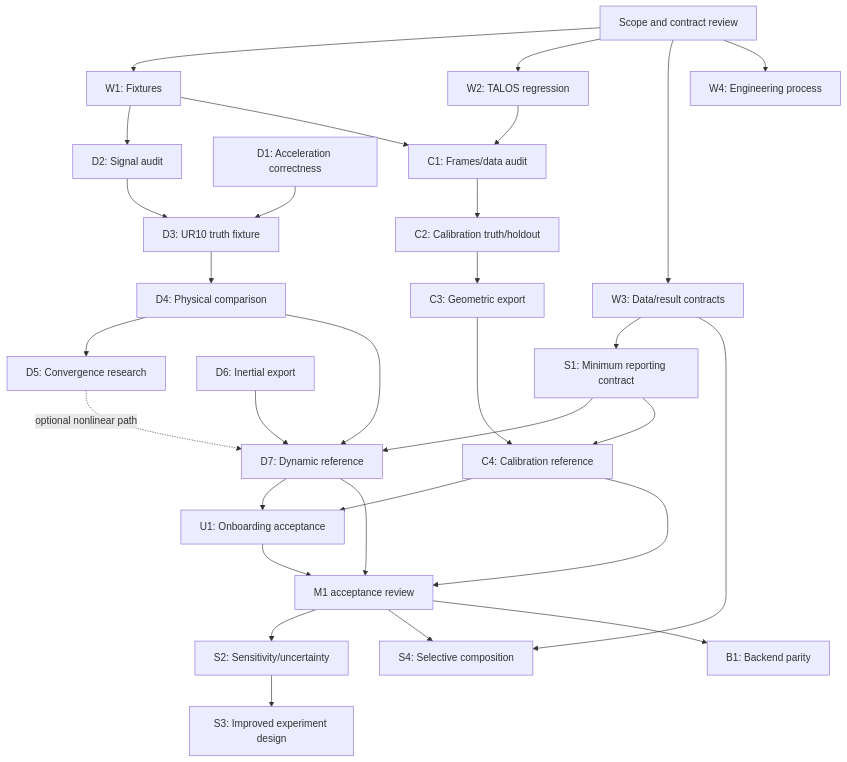
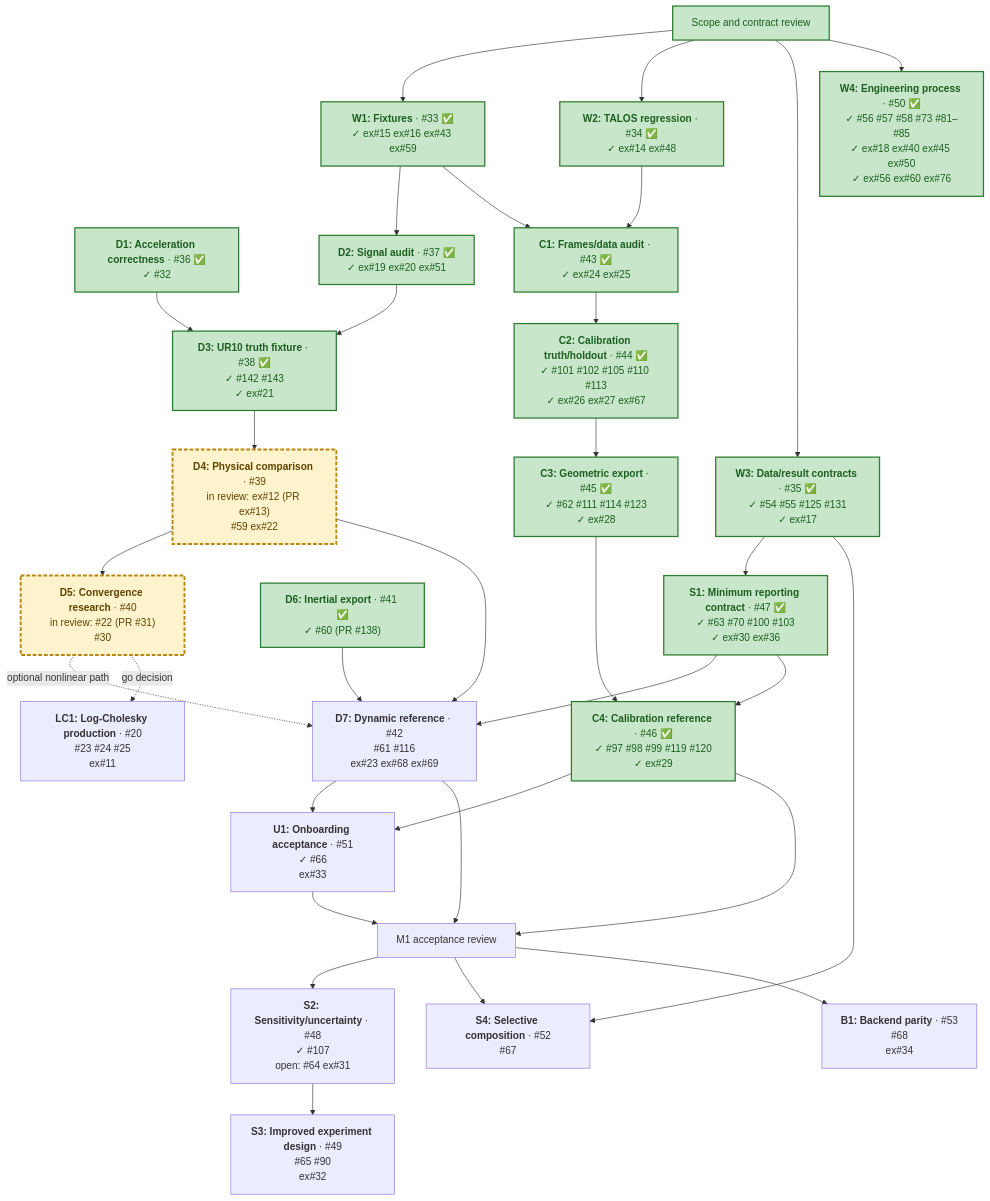
The diagram in docs/plans/identification-calibration-delivery.md (thanhndv212/figaroh-plus), drawn with Mermaid before and after one commit. The commit also changed other lines of this file and 1 other file, not shown here.

Commit message:
docs(plans): record delivery status through D3 and C4
Refresh the roadmap and delivery plan from the GitHub trackers as of
2026-10-07. Cleared: W1-W4, D1-D3, D6, C1-C4 and S1, so the calibration
workstream is complete through M1.4 and the critical path is D4 -> D7 -> U1.

The plan's dependency graph now colours cleared, ready and in-progress
packages and lists each package's core and examples issues under its box;
a new implementation-status section records closure dates, delivering PRs
and accepted revision pairs. The roadmap gains a delivery-progress note,
per-gate status and done markers on completed candidate work.

````diff
--- a/docs/plans/identification-calibration-delivery.md
+++ b/docs/plans/identification-calibration-delivery.md
@@ -76,33 +77,66 @@
 ```mermaid
 flowchart TD
-    R[Scope and contract review] --> W1[W1: Fixtures]
-    R --> W2[W2: TALOS regression]
-    R --> W3[W3: Data/result contracts]
-    R --> W4[W4: Engineering process]
-    W1 --> D2[D2: Signal audit]
-    D1[D1: Acceleration correctness] --> D3[D3: UR10 truth fixture]
+    R["Scope and contract review"]
+    W1["<b>W1: Fixtures</b> · #33 ✅<br/>✓ ex#15 ex#16 ex#43 ex#59"]
+    W2["<b>W2: TALOS regression</b> · #34 ✅<br/>✓ ex#14 ex#48"]
+    W3["<b>W3: Data/result contracts</b> · #35 ✅<br/>✓ #54 #55 #125 #131<br/>✓ ex#17"]
+    W4["<b>W4: Engineering process</b> · #50 ✅<br/>✓ #56 #57 #58 #73 #81–#85<br/>✓ ex#18 ex#40 ex#45 ex#50<br/>✓ ex#56 ex#60 ex#76"]
+    D1["<b>D1: Acceleration correctness</b> · #36 ✅<br/>✓ #32"]
+    D2["<b>D2: Signal audit</b> · #37 ✅<br/>✓ ex#19 ex#20 ex#51"]
+    D3["<b>D3: UR10 truth fixture</b> · #38 ✅<br/>✓ #142 #143<br/>✓ ex#21"]
+    D4["<b>D4: Physical comparison</b> · #39<br/>in review: ex#12 (PR ex#13)<br/>#59 ex#22"]
+    D5["<b>D5: Convergence research</b> · #40<br/>in review: #22 (PR #31)<br/>#30"]
+    D6["<b>D6: Inertial export</b> · #41 ✅<br/>✓ #60 (PR #138)"]
+    D7["<b>D7: Dynamic reference</b> · #42<br/>#61 #116<br/>ex#23 ex#68 ex#69"]
+    C1["<b>C1: Frames/data audit</b> · #43 ✅<br/>✓ ex#24 ex#25"]
+    C2["<b>C2: Calibration truth/holdout</b> · #44 ✅<br/>✓ #101 #102 #105 #110 #113<br/>✓ ex#26 ex#27 ex#67"]
+    C3["<b>C3: Geometric export</b> · #45 ✅<br/>✓ #62 #111 #114 #123<br/>✓ ex#28"]
+    C4["<b>C4: Calibration reference</b> · #46 ✅<br/>✓ #97 #98 #99 #119 #120<br/>✓ ex#29"]
+    S1["<b>S1: Minimum reporting contract</b> · #47 ✅<br/>✓ #63 #70 #100 #103<br/>✓ ex#30 ex#36"]
+    U1["<b>U1: Onboarding acceptance</b> · #51<br/>✓ #66<br/>ex#33"]
+    A["M1 acceptance review"]
+    S2["<b>S2: Sensitivity/uncertainty</b> · #48<br/>✓ #107<br/>open: #64 ex#31"]
+    S3["<b>S3: Improved experiment design</b> · #49<br/>#65 #90<br/>ex#32"]
+    S4["<b>S4: Selective composition</b> · #52<br/>#67"]
+    B1["<b>B1: Backend parity</b> · #53<br/>#68<br/>ex#34"]
+    LC1["<b>LC1: Log-Cholesky production</b> · #20<br/>#23 #24 #25<br/>ex#11"]
+
+    R --> W1
+    R --> W2
+    R --> W3
+    R --> W4
+    W1 --> D2
+    D1 --> D3
     D2 --> D3
-    D3 --> D4[D4: Physical comparison]
-    D4 --> D5[D5: Convergence research]
-    D6[D6: Inertial export] --> D7[D7: Dynamic reference]
+    D3 --> D4
+    D4 --> D5
+    D6 --> D7
     D4 --> D7
     D5 -. optional nonlinear path .-> D7
-    W1 --> C1[C1: Frames/data audit]
+    D5 -. go decision .-> LC1
+    W1 --> C1
     W2 --> C1
-    C1 --> C2[C2: Calibration truth/holdout]
-    C2 --> C3[C3: Geometric export]
-    C3 --> C4[C4: Calibration reference]
-    W3 --> S1[S1: Minimum reporting contract]
+    C1 --> C2
+    C2 --> C3
+    C3 --> C4
+    W3 --> S1
     S1 --> D7
     S1 --> C4
-    D7 --> U1[U1: Onboarding acceptance]
+    D7 --> U1
     C4 --> U1
-    D7 --> A[M1 acceptance review]
+    D7 --> A
     C4 --> A
     U1 --> A
-    A --> S2[S2: Sensitivity/uncertainty]
-    S2 --> S3[S3: Improved experiment design]
-    A --> S4[S4: Selective composition]
+    A --> S2
+    S2 --> S3
+    A --> S4
     W3 --> S4
-    A --> B1[B1: Backend parity]
+    A --> B1
+
+    classDef cleared fill:#c8e6c9,stroke:#2e7d32,stroke-width:2px,color:#1b5e20
+    classDef ready fill:#fff3cd,stroke:#b8860b,color:#5c4400
+    class R,W1,W2,W3,W4,D1,D2,C1,C2,C3,S1,D6,C4,D3 cleared
+    class D4,D5 ready
+    class D4,D5 active
+    classDef active fill:#fff3cd,stroke:#b8860b,stroke-width:3px,stroke-dasharray:6 3,color:#5c4400
 ```
````
